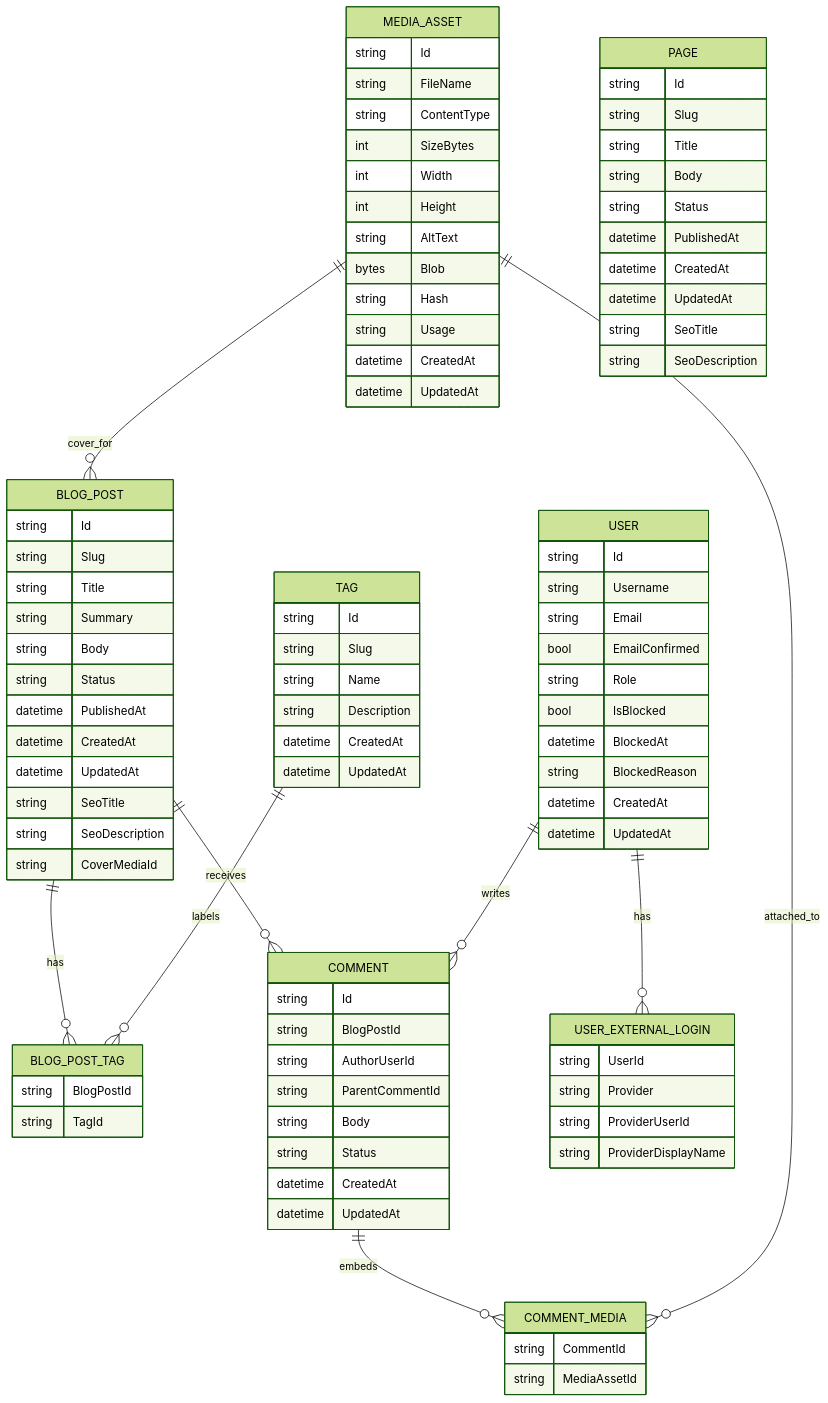
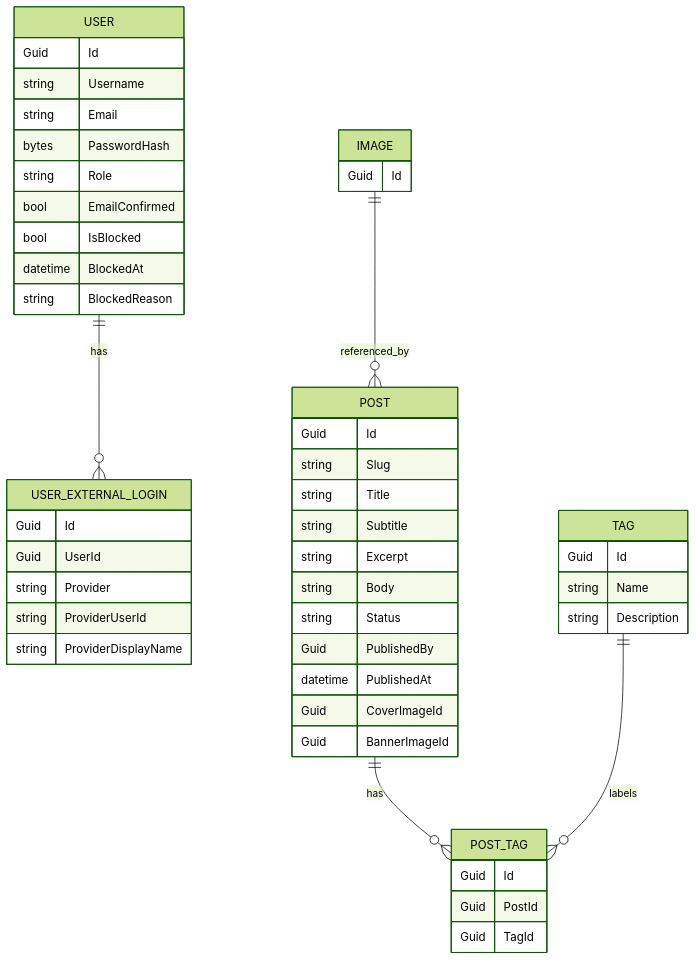
One commit to 2chevskii/zerox2c-blog-backend changed the diagram in docs/architecture/data-schema.md. Above: the diagram before and after it, drawn with Mermaid (forest theme). The commit also changed other lines of this file and 118 other files, not shown here.

````diff
--- a/docs/architecture/data-schema.md
+++ b/docs/architecture/data-schema.md
@@ -247,104 +291,57 @@
 ```mermaid
 erDiagram
-    BLOG_POST ||--o{ BLOG_POST_TAG : has
-    TAG ||--o{ BLOG_POST_TAG : labels
-    MEDIA_ASSET ||--o{ BLOG_POST : cover_for
-    BLOG_POST ||--o{ COMMENT : receives
-    USER ||--o{ COMMENT : writes
-    COMMENT ||--o{ COMMENT_MEDIA : embeds
-    MEDIA_ASSET ||--o{ COMMENT_MEDIA : attached_to
     USER ||--o{ USER_EXTERNAL_LOGIN : has
-
-    BLOG_POST {
-        string Id
-        string Slug
-        string Title
-        string Summary
-        string Body
-        string Status
-        datetime PublishedAt
-        datetime CreatedAt
-        datetime UpdatedAt
-        string SeoTitle
-        string SeoDescription
-        string CoverMediaId
-    }
-
-    TAG {
-        string Id
-        string Slug
-        string Name
-        string Description
-        datetime CreatedAt
-        datetime UpdatedAt
-    }
-
-    BLOG_POST_TAG {
-        string BlogPostId
-        string TagId
-    }
-
-    PAGE {
-        string Id
-        string Slug
-        string Title
-        string Body
-        string Status
-        datetime PublishedAt
-        datetime CreatedAt
-        datetime UpdatedAt
-        string SeoTitle
-        string SeoDescription
-    }
-
-    MEDIA_ASSET {
-        string Id
-        string FileName
-        string ContentType
-        int SizeBytes
-        int Width
-        int Height
-        string AltText
-        bytes Blob
-        string Hash
-        string Usage
-        datetime CreatedAt
-        datetime UpdatedAt
-    }
+    POST ||--o{ POST_TAG : has
+    TAG ||--o{ POST_TAG : labels
+    IMAGE ||--o{ POST : referenced_by
 
     USER {
-        string Id
+        Guid Id
         string Username
         string Email
+        bytes PasswordHash
+        string Role
         bool EmailConfirmed
-        string Role
         bool IsBlocked
         datetime BlockedAt
         string BlockedReason
-        datetime CreatedAt
-        datetime UpdatedAt
     }
 
     USER_EXTERNAL_LOGIN {
-        string UserId
+        Guid Id
+        Guid UserId
         string Provider
         string ProviderUserId
         string ProviderDisplayName
     }
 
-    COMMENT {
-        string Id
-        string BlogPostId
-        string AuthorUserId
-        string ParentCommentId
+    POST {
+        Guid Id
+        string Slug
+        string Title
+        string Subtitle
+        string Excerpt
         string Body
         string Status
-        datetime CreatedAt
-        datetime UpdatedAt
+        Guid PublishedBy
+        datetime PublishedAt
+        Guid CoverImageId
+        Guid BannerImageId
     }
 
-    COMMENT_MEDIA {
-        string CommentId
-        string MediaAssetId
+    TAG {
+        Guid Id
+        string Name
+        string Description
+    }
+
+    POST_TAG {
+        Guid Id
+        Guid PostId
+        Guid TagId
+    }
+
+    IMAGE {
+        Guid Id
     }
 ```
````
